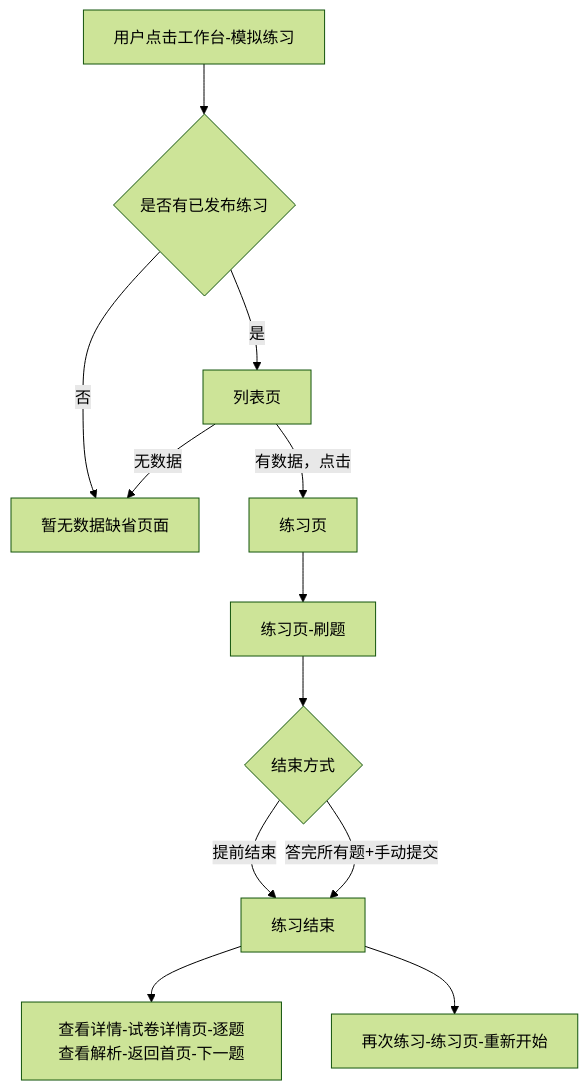
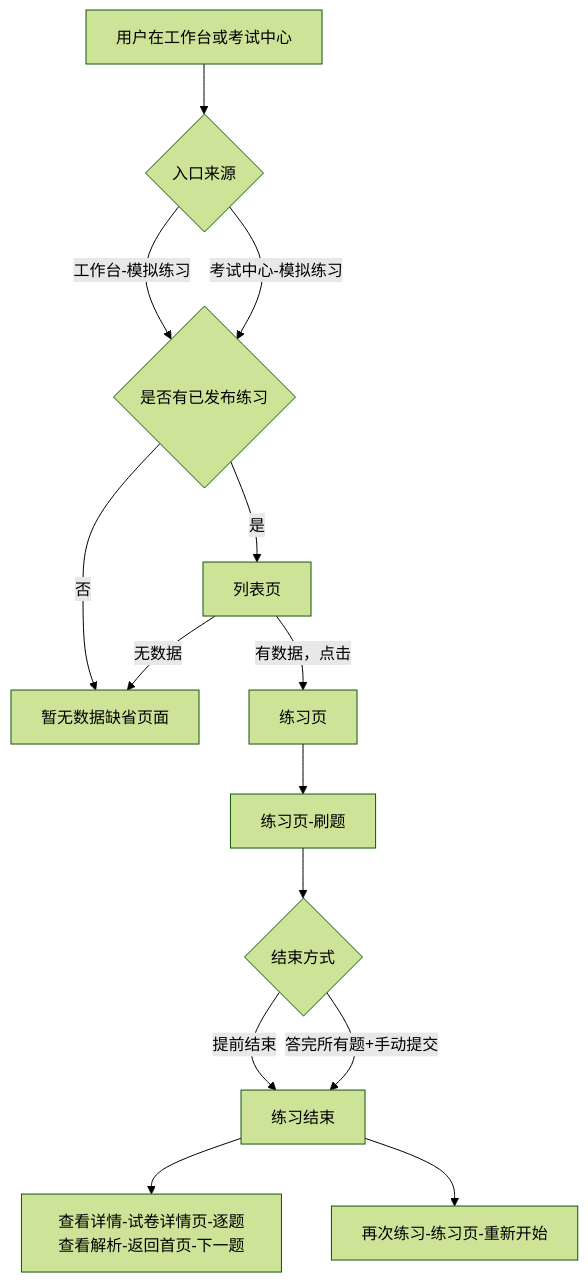
The second of 6 diagrams in PRD/练习功能整体PRD.md (parispang666-ops/practice), drawn with Mermaid (forest theme) before and after one commit. The commit also changed other lines of this file and 16 other files, not shown here.

````diff
--- a/PRD/练习功能整体PRD.md
+++ b/PRD/练习功能整体PRD.md
@@ -60,14 +64,16 @@
 ```mermaid
 flowchart TD
-    A[用户点击工作台-模拟练习] --> B{是否有已发布练习}
+    A[用户在工作台或考试中心] --> A1{入口来源}
+    A1 -->|工作台-模拟练习| B{是否有已发布练习}
+    A1 -->|考试中心-模拟练习| B
     B -->|否| C[暂无数据缺省页面]
     B -->|是| F[列表页]
     F -->|有数据，点击| E[练习页]
     F -->|无数据| C
     E --> G[练习页-刷题]
     G --> H{结束方式}
     H -->|提前结束| I[练习结束]
     H -->|答完所有题+手动提交| I
     I --> J[查看详情-试卷详情页-逐题查看解析-返回首页-下一题]
     I --> K[再次练习-练习页-重新开始]
 ```
````
